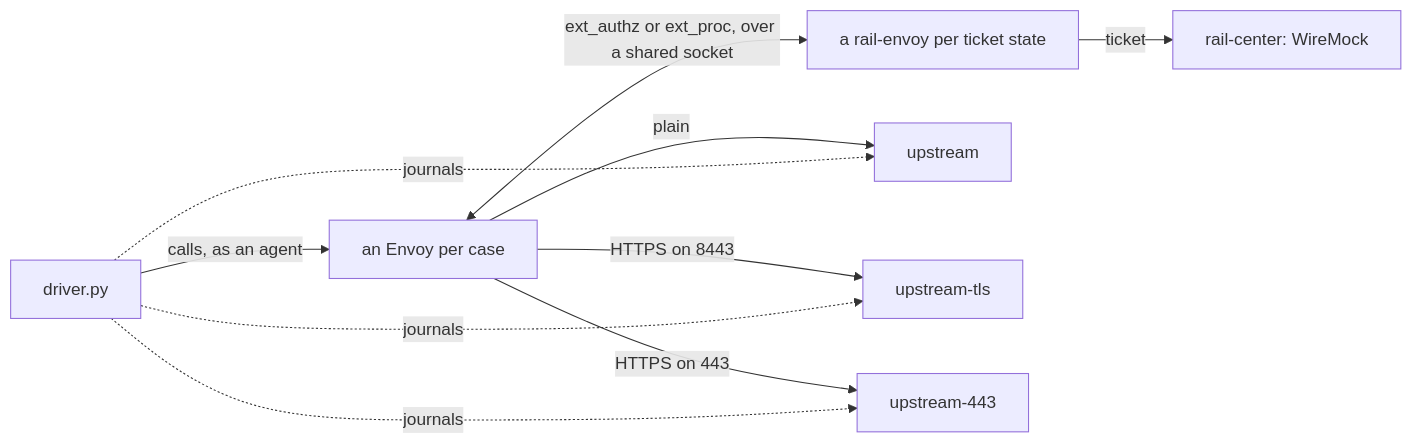
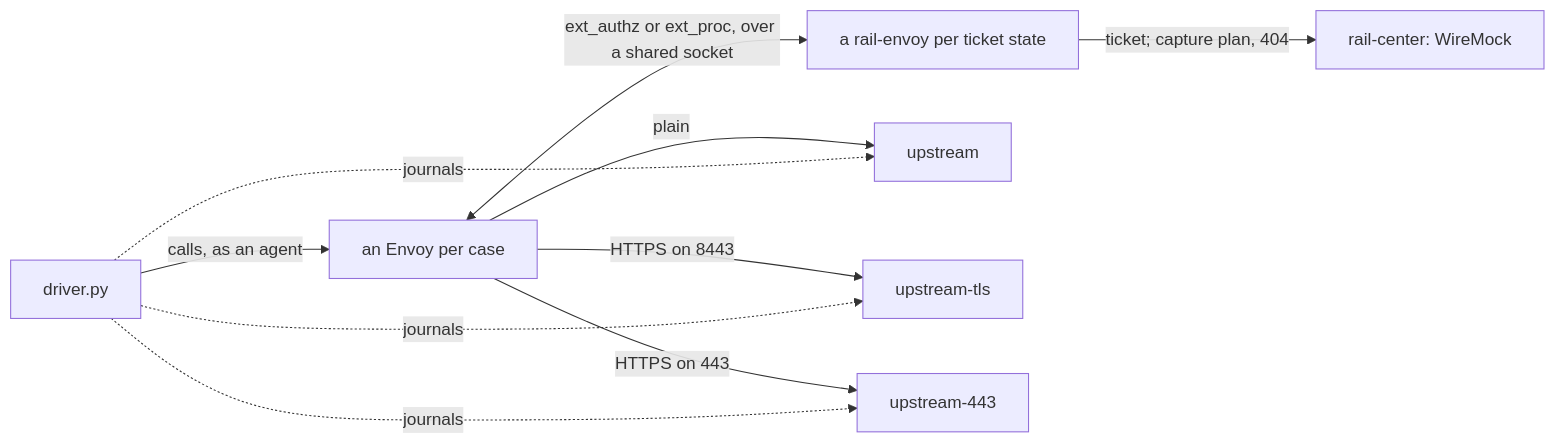
Before and after one commit to datrail/railguard: the diagram in e2e/envoy-proxy/README.md, drawn with Mermaid. The commit also changed other lines of this file and 27 other files, not shown here.

````diff
--- a/e2e/envoy-proxy/README.md
+++ b/e2e/envoy-proxy/README.md
@@ -10,12 +10,12 @@
 ```mermaid
 flowchart LR
   driver[driver.py] -->|calls, as an agent| envoy[an Envoy per case]
   envoy <-->|ext_authz or ext_proc, over a shared socket| ext[a rail-envoy per ticket state]
-  ext -->|ticket| center[rail-center: WireMock]
+  ext -->|ticket; capture plan, 404| center[rail-center: WireMock]
   envoy -->|plain| plain[upstream]
   envoy -->|HTTPS on 8443| tls[upstream-tls]
   envoy -->|HTTPS on 443| tls443[upstream-443]
   driver -.->|journals| plain
   driver -.->|journals| tls
   driver -.->|journals| tls443
 ```
````
